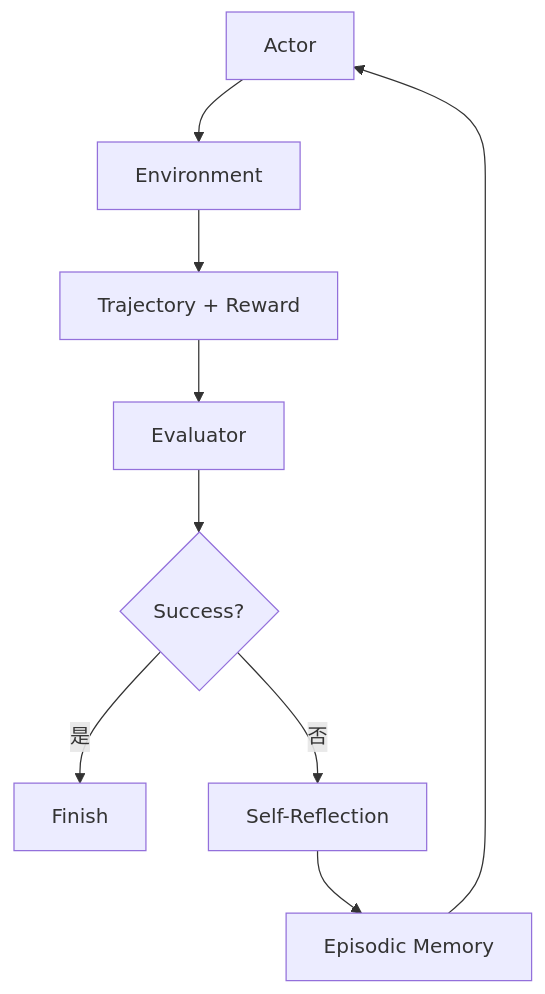
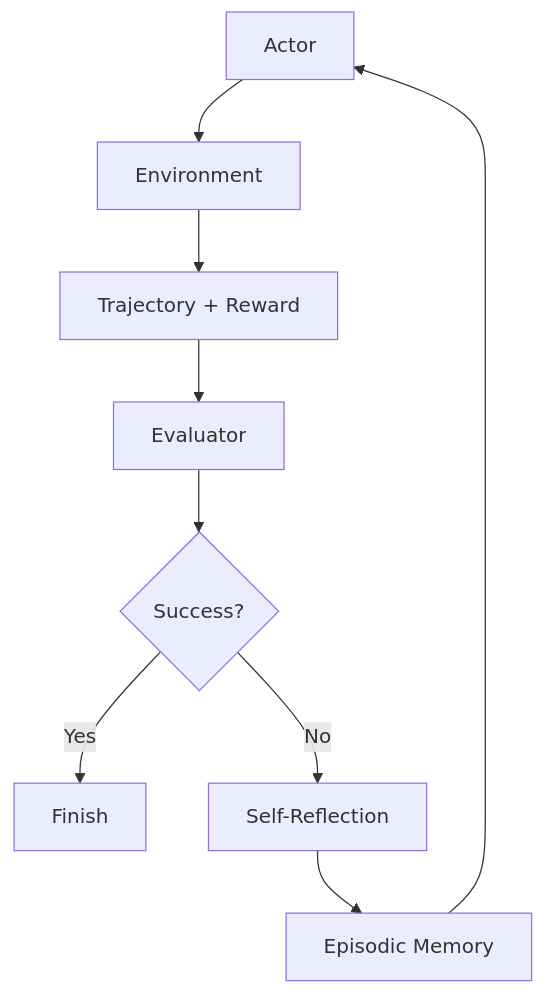
Diagram 17 of 23 in docs/agent/02-reasoning-planning/12-agent-reflection.md (oneleaveknowsthefall/awesome-ai-roadmap), drawn with Mermaid before and after one commit. The commit also changed other lines of this file and 68 other files, not shown here.

````diff
--- a/docs/agent/02-reasoning-planning/12-agent-reflection.md
+++ b/docs/agent/02-reasoning-planning/12-agent-reflection.md
@@ -760,11 +758,11 @@
 ```mermaid
 flowchart TB
     A[Actor] --> ENV[Environment]
     ENV --> TRAJ[Trajectory + Reward]
     TRAJ --> E[Evaluator]
     E --> D{Success?}
-    D -->|是| DONE[Finish]
-    D -->|否| SR[Self-Reflection]
+    D -->|Yes| DONE[Finish]
+    D -->|No| SR[Self-Reflection]
     SR --> MEM[Episodic Memory]
     MEM --> A
 ```
````
